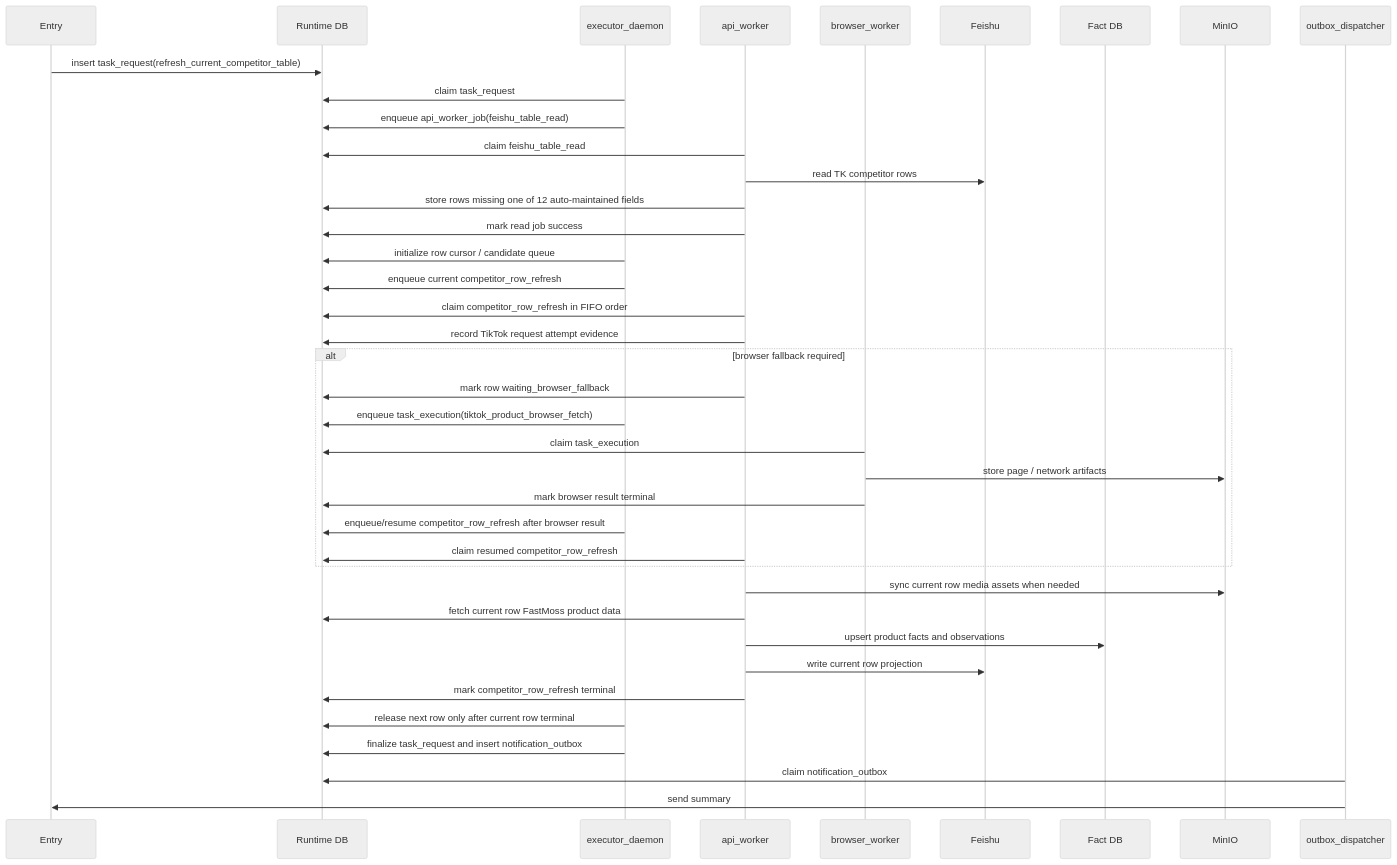
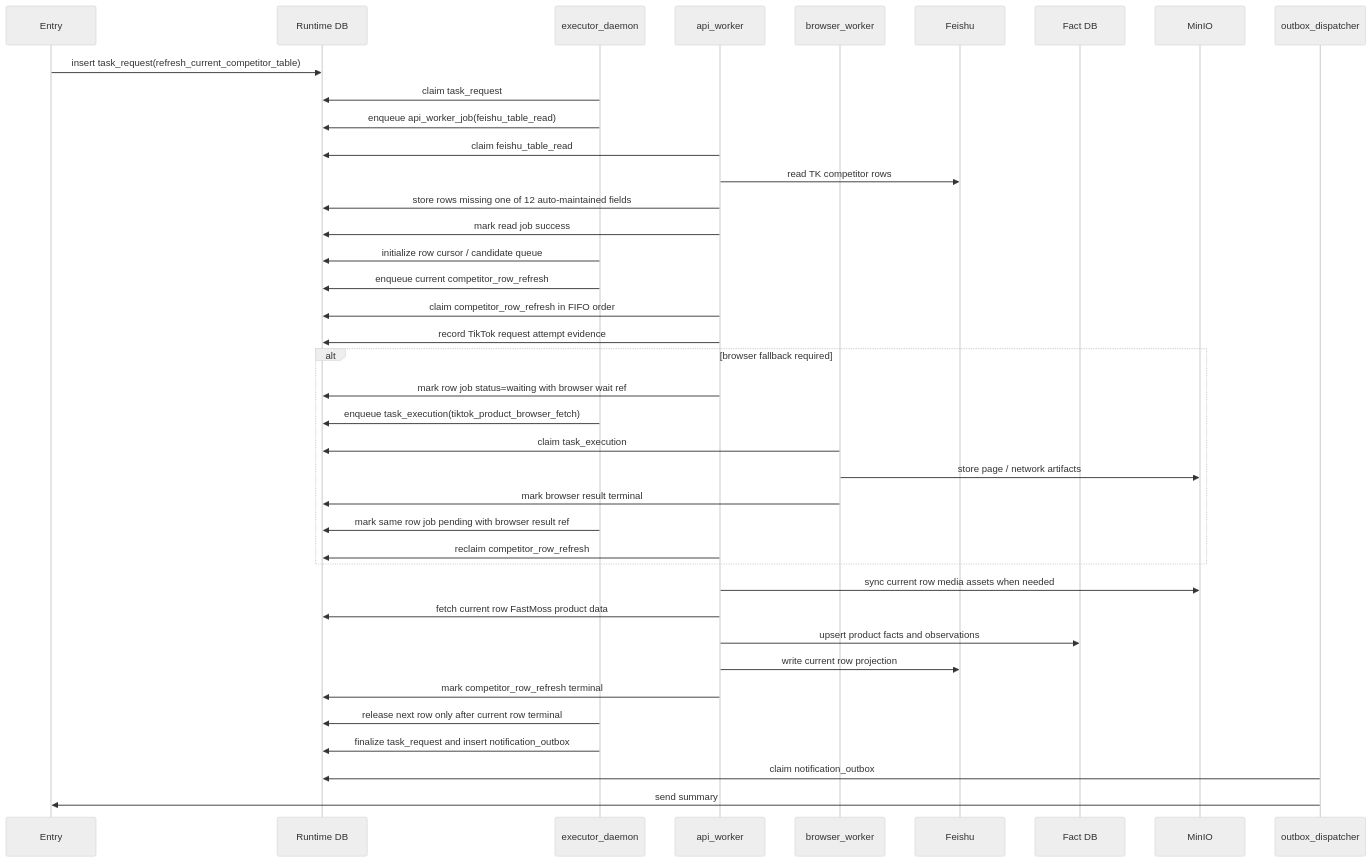
One commit to knighterrantsky/mujitask changed the second of 5 diagrams in docs/arch/workflow-competitor-table-design.md. Above: the diagram before and after it, drawn with Mermaid (neutral theme). The commit also changed other lines of this file and 89 other files, not shown here.

Commit message:
refactor(runtime): remove resume fallback stages

````diff
--- a/docs/arch/workflow-competitor-table-design.md
+++ b/docs/arch/workflow-competitor-table-design.md
@@ -155,42 +157,42 @@
 ```mermaid
 sequenceDiagram
     participant Entry as Entry
     participant DB as Runtime DB
     participant Exec as executor_daemon
     participant API as api_worker
     participant Browser as browser_worker
     participant Feishu as Feishu
     participant Fact as Fact DB
     participant Obj as MinIO
     participant Outbox as outbox_dispatcher
 
     Entry->>DB: insert task_request(refresh_current_competitor_table)
     Exec->>DB: claim task_request
     Exec->>DB: enqueue api_worker_job(feishu_table_read)
     API->>DB: claim feishu_table_read
     API->>Feishu: read TK competitor rows
     API->>DB: store rows missing one of 12 auto-maintained fields
     API->>DB: mark read job success
     Exec->>DB: initialize row cursor / candidate queue
     Exec->>DB: enqueue current competitor_row_refresh
     API->>DB: claim competitor_row_refresh in FIFO order
     API->>DB: record TikTok request attempt evidence
     alt browser fallback required
-        API->>DB: mark row waiting_browser_fallback
+        API->>DB: mark row job status=waiting with browser wait ref
         Exec->>DB: enqueue task_execution(tiktok_product_browser_fetch)
         Browser->>DB: claim task_execution
         Browser->>Obj: store page / network artifacts
         Browser->>DB: mark browser result terminal
-        Exec->>DB: enqueue/resume competitor_row_refresh after browser result
-        API->>DB: claim resumed competitor_row_refresh
+        Exec->>DB: mark same row job pending with browser result ref
+        API->>DB: reclaim competitor_row_refresh
     end
     API->>Obj: sync current row media assets when needed
     API->>DB: fetch current row FastMoss product data
     API->>Fact: upsert product facts and observations
     API->>Feishu: write current row projection
     API->>DB: mark competitor_row_refresh terminal
     Exec->>DB: release next row only after current row terminal
     Exec->>DB: finalize task_request and insert notification_outbox
     Outbox->>DB: claim notification_outbox
     Outbox->>Entry: send summary
 ```
````
